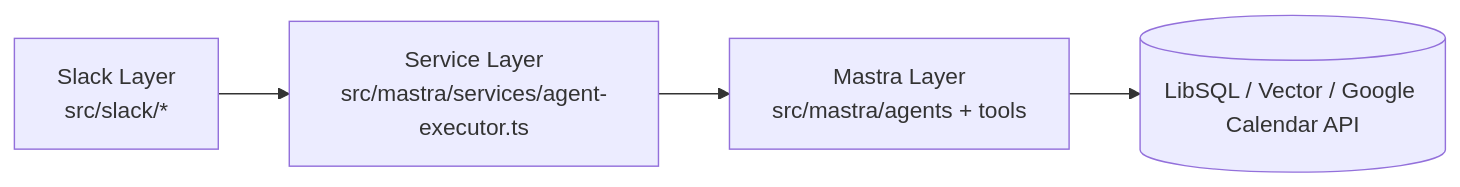
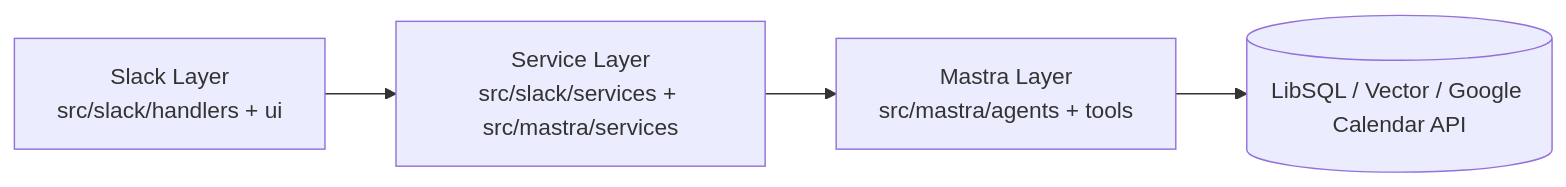
One commit to 2bo/mastra-slack-agent changed the fourth of 4 diagrams in docs/PROCESS_FLOW.md. Above: the diagram before and after it, drawn with Mermaid. The commit also changed other lines of this file and 17 other files, not shown here.

Commit message:
refactor(slack): split response flows and simplify HITL result presentation Entire-Checkpoint: 007fd25de0ab

````diff
--- a/docs/PROCESS_FLOW.md
+++ b/docs/PROCESS_FLOW.md
@@ -100,6 +103,6 @@
 ```mermaid
 flowchart LR
-  SL[Slack Layer<br/>src/slack/*] --> SV[Service Layer<br/>src/mastra/services/agent-executor.ts]
+  SL[Slack Layer<br/>src/slack/handlers + ui] --> SV[Service Layer<br/>src/slack/services + src/mastra/services]
   SV --> ML[Mastra Layer<br/>src/mastra/agents + tools]
   ML --> ST[(LibSQL / Vector / Google Calendar API)]
 ```
````
